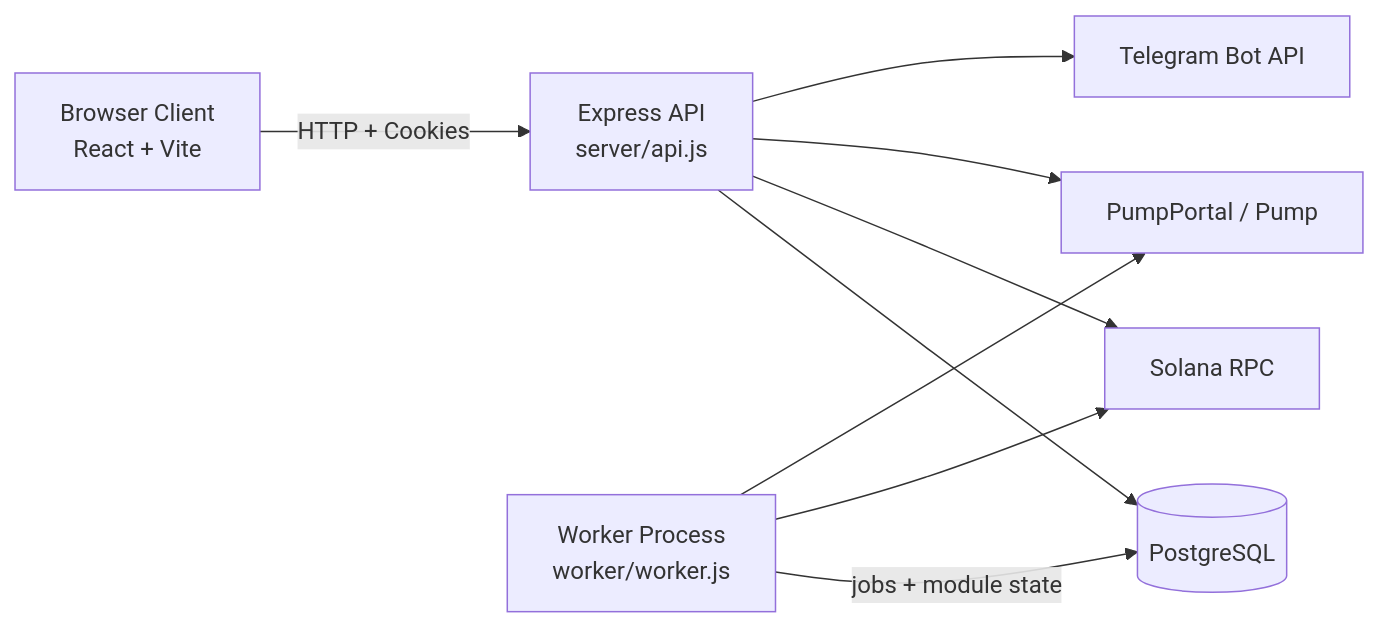
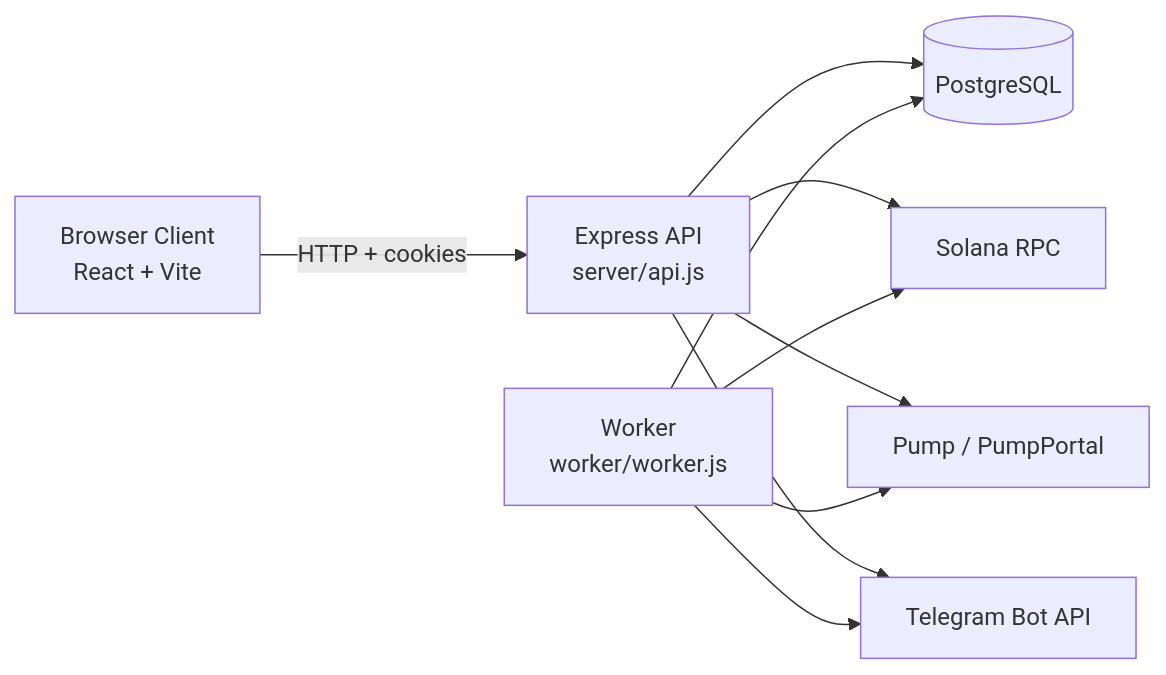
Before and after one commit to embernexus/EMBER: the diagram in README.md, drawn with Mermaid. The commit also changed other lines of this file and 2 other files, not shown here.

````diff
--- a/README.md
+++ b/README.md
@@ -40,12 +129,13 @@
 ```mermaid
 flowchart LR
-  U[Browser Client<br/>React + Vite] -->|HTTP + Cookies| API[Express API<br/>server/api.js]
+  U[Browser Client<br/>React + Vite] -->|HTTP + cookies| API[Express API<br/>server/api.js]
   API --> DB[(PostgreSQL)]
   API --> RPC[Solana RPC]
-  API --> PP[PumpPortal / Pump]
+  API --> PP[Pump / PumpPortal]
   API --> TG[Telegram Bot API]
 
-  W[Worker Process<br/>worker/worker.js] -->|jobs + module state| DB
+  W[Worker<br/>worker/worker.js] --> DB
   W --> RPC
   W --> PP
+  W --> TG
 ```
````
